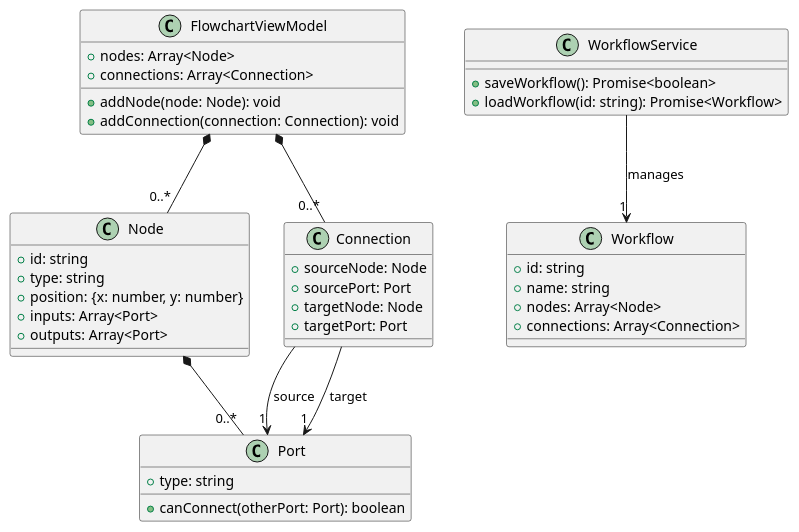
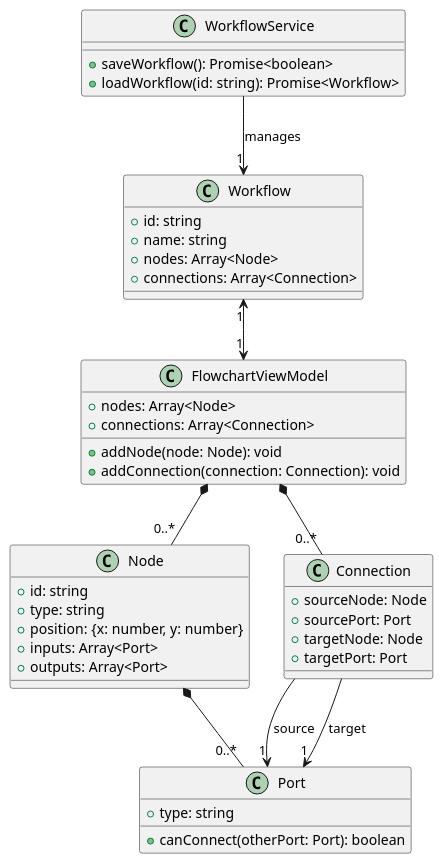
Before and after one commit to AleandroPresta/ecc-workflow-designer: the diagram in class_diagram.puml, drawn with PlantUML. The commit also changed 1 other file, not shown here.

Commit message:
Add Greengrass - Stream Manager service to AWS catalog and update class diagram relationships

```diff
--- a/class_diagram.puml
+++ b/class_diagram.puml
@@ -1,53 +1,54 @@
 @startuml Workflow Designer - Minimal Class Diagram
 
 ' Core classes
 class FlowchartViewModel {
   +nodes: Array<Node>
   +connections: Array<Connection>
   +addNode(node: Node): void
   +addConnection(connection: Connection): void
 }
 
 class Node {
   +id: string
   +type: string
   +position: {x: number, y: number}
   +inputs: Array<Port>
   +outputs: Array<Port>
 }
 
 class Connection {
   +sourceNode: Node
   +sourcePort: Port
   +targetNode: Node
   +targetPort: Port
 }
 
 class Port {
   +type: string
   +canConnect(otherPort: Port): boolean
 }
 
 ' Essential service
 class WorkflowService {
   +saveWorkflow(): Promise<boolean>
   +loadWorkflow(id: string): Promise<Workflow>
 }
 
 ' Main data model
 class Workflow {
   +id: string
   +name: string
   +nodes: Array<Node>
   +connections: Array<Connection>
 }
 
 ' Key relationships
 FlowchartViewModel *-- "0..*" Node
 FlowchartViewModel *-- "0..*" Connection
 Node *-- "0..*" Port
 Connection --> "1" Port: source
 Connection --> "1" Port: target
 WorkflowService --> "1" Workflow: manages
+Workflow "1" <--> "1" FlowchartViewModel
 
 @enduml
```
